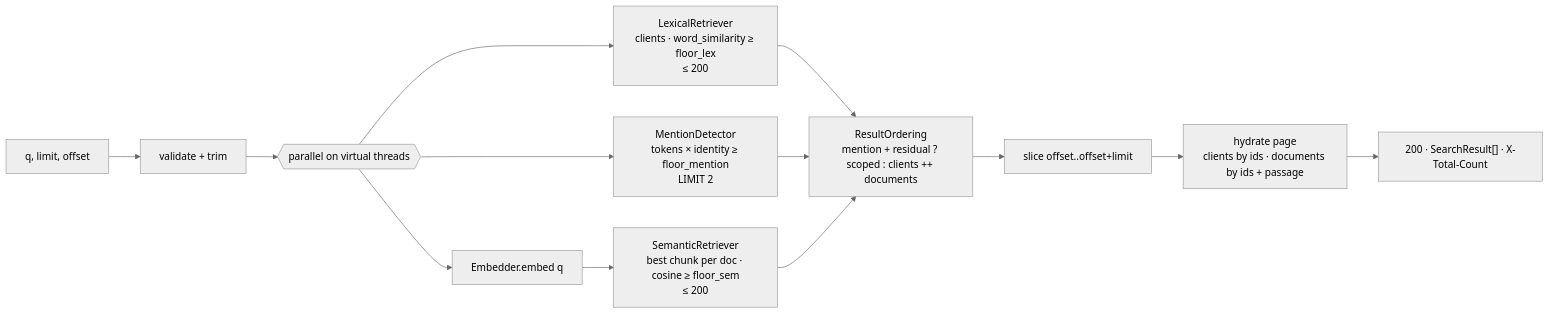
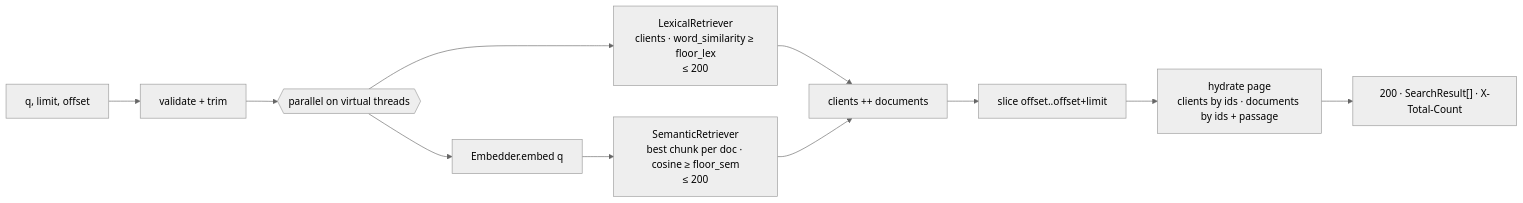
One commit to TsybulskyStepan/unified-search changed the fourth of 5 diagrams in docs/system-design.md. Above: the diagram before and after it, drawn with Mermaid (neutral theme). The commit also changed other lines of this file and 13 other files, not shown here.

````diff
--- a/docs/system-design.md
+++ b/docs/system-design.md
@@ -382,15 +381,13 @@
 ```mermaid
 flowchart LR
     Q["q, limit, offset"] --> V[validate + trim]
     V --> P{{parallel on virtual threads}}
     P --> LR["LexicalRetriever<br/>clients · word_similarity ≥ floor_lex<br/>≤ 200"]
-    P --> MD["MentionDetector<br/>tokens × identity ≥ floor_mention<br/>LIMIT 2"]
     P --> EQ[Embedder.embed q]
     EQ --> SR["SemanticRetriever<br/>best chunk per doc · cosine ≥ floor_sem<br/>≤ 200"]
-    LR --> F["ResultOrdering<br/>mention + residual ? scoped : clients ++ documents"]
-    MD --> F
+    LR --> F["clients ++ documents"]
     SR --> F
     F --> S[slice offset..offset+limit]
     S --> H["hydrate page<br/>clients by ids · documents by ids + passage"]
     H --> R["200 · SearchResult[] · X-Total-Count"]
 ```
````
